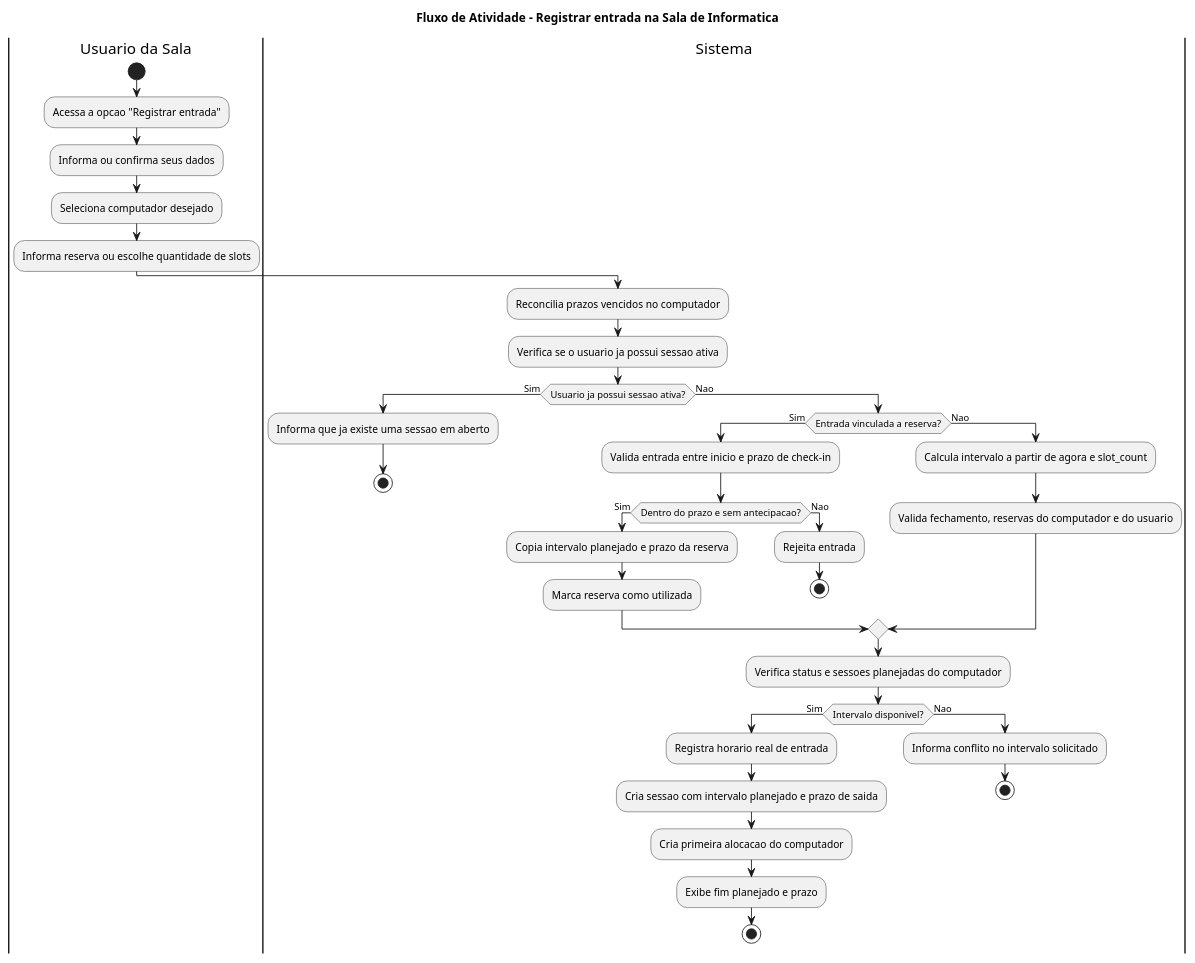
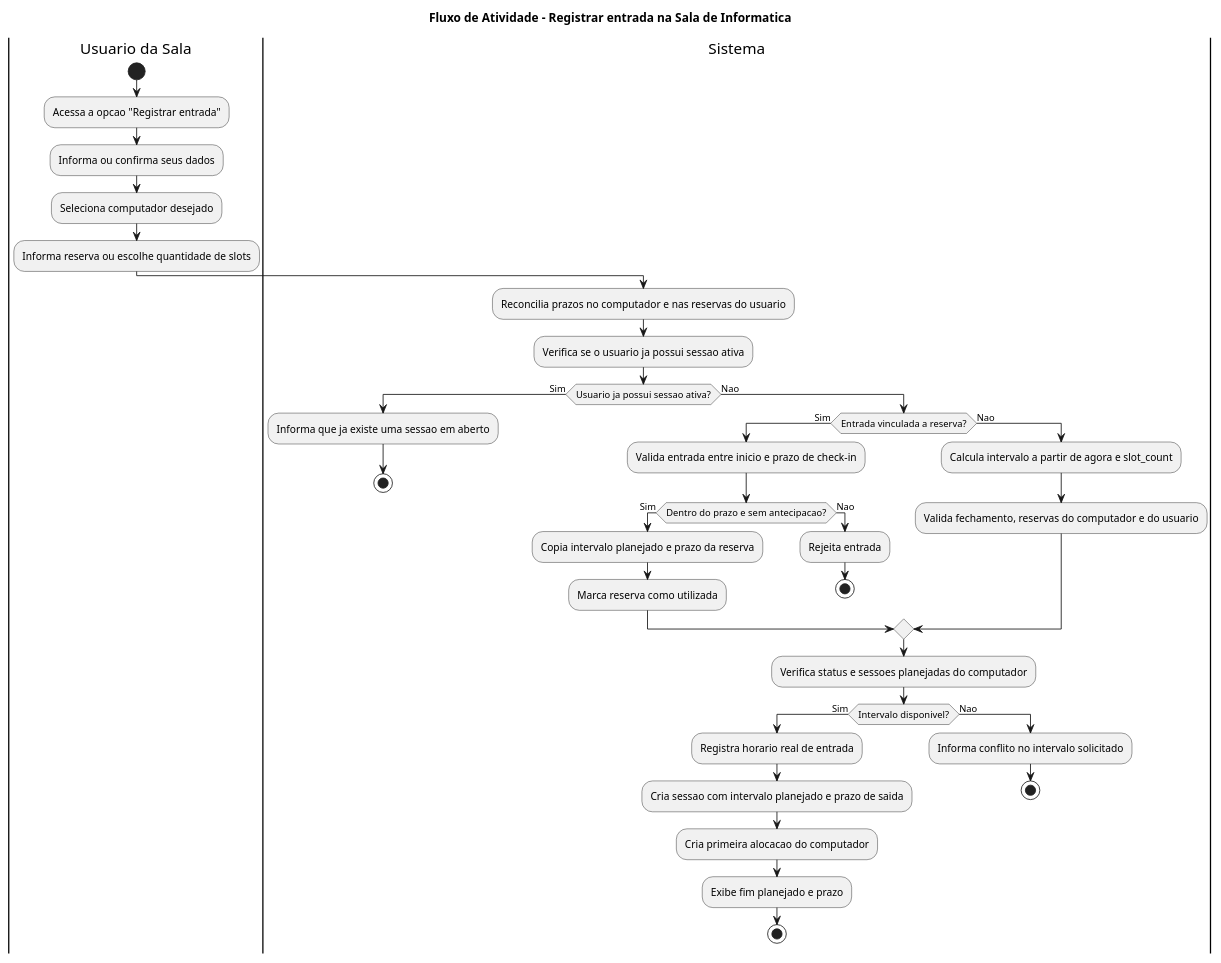
One commit to MarcosVini753/estagio changed the diagram in docs/diagrams/atividades/02-usuario-registrar-entrada.puml. Above: the diagram before and after it, drawn with PlantUML. The commit also changed 7 other files, not shown here.

```diff
--- a/docs/diagrams/atividades/02-usuario-registrar-entrada.puml
+++ b/docs/diagrams/atividades/02-usuario-registrar-entrada.puml
@@ -1,46 +1,46 @@
 @startuml
 title Fluxo de Atividade - Registrar entrada na Sala de Informatica
 
 |Usuario da Sala|
 start
 :Acessa a opcao "Registrar entrada";
 :Informa ou confirma seus dados;
 :Seleciona computador desejado;
 :Informa reserva ou escolhe quantidade de slots;
 
 |Sistema|
-:Reconcilia prazos vencidos no computador;
+:Reconcilia prazos no computador e nas reservas do usuario;
 :Verifica se o usuario ja possui sessao ativa;
 
 if (Usuario ja possui sessao ativa?) then (Sim)
   :Informa que ja existe uma sessao em aberto;
   stop
 else (Nao)
   if (Entrada vinculada a reserva?) then (Sim)
     :Valida entrada entre inicio e prazo de check-in;
     if (Dentro do prazo e sem antecipacao?) then (Sim)
       :Copia intervalo planejado e prazo da reserva;
       :Marca reserva como utilizada;
     else (Nao)
       :Rejeita entrada;
       stop
     endif
   else (Nao)
     :Calcula intervalo a partir de agora e slot_count;
     :Valida fechamento, reservas do computador e do usuario;
   endif
 
   :Verifica status e sessoes planejadas do computador;
   if (Intervalo disponivel?) then (Sim)
     :Registra horario real de entrada;
     :Cria sessao com intervalo planejado e prazo de saida;
     :Cria primeira alocacao do computador;
     :Exibe fim planejado e prazo;
     stop
   else (Nao)
     :Informa conflito no intervalo solicitado;
     stop
   endif
 endif
 
 @enduml
```
